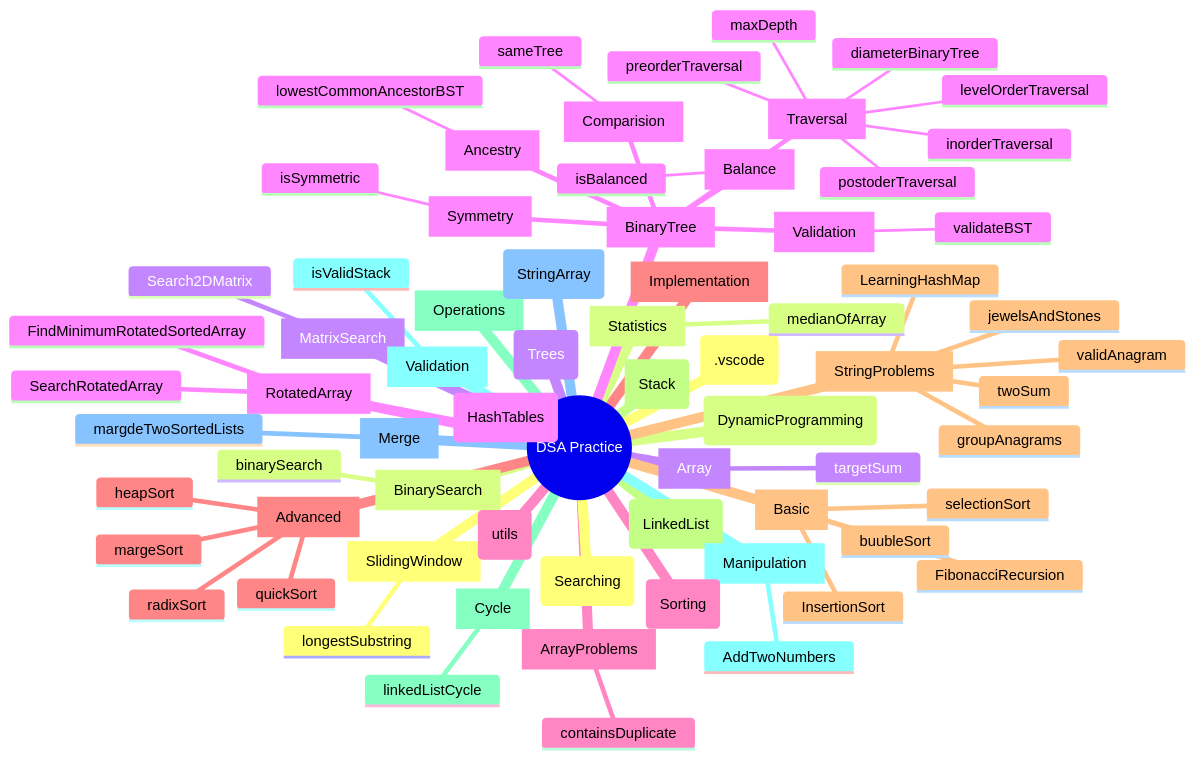
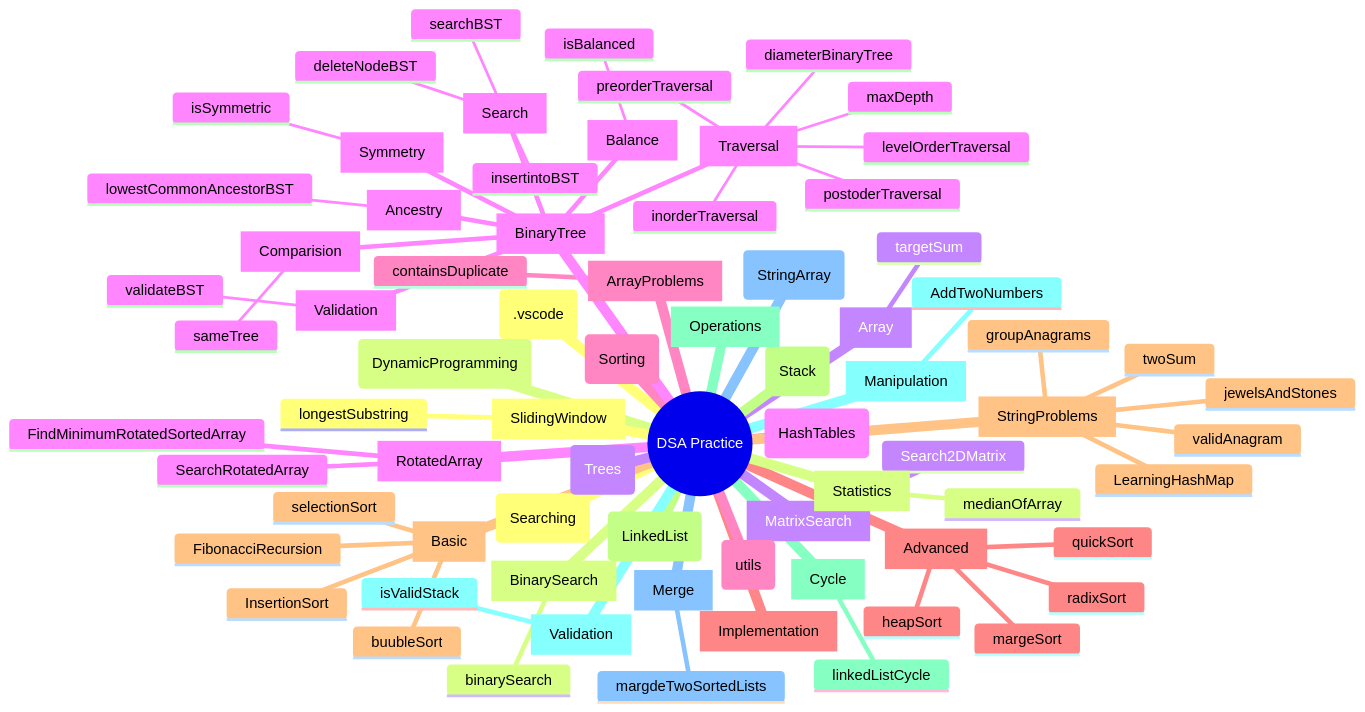
One commit to Emilio-Ramirez/AlgorithmIntro changed the diagram in README.md. Above: the diagram before and after it, drawn with Mermaid. The commit also changed 2 other files, not shown here.

Commit message:
deleteNodeBSt
DeleteNodeBSt

````diff
--- a/README.md
+++ b/README.md
@@ -7,73 +7,77 @@
 ```mermaid
 mindmap
 root((DSA Practice))
   (.vscode)
   (DynamicProgramming)
   [Array]
     targetSum
   (HashTables)
   [ArrayProblems]
     containsDuplicate
   [Implementation]
   [StringProblems]
     LearningHashMap
     groupAnagrams
     jewelsAndStones
     twoSum
     validAnagram
   (LinkedList)
   [Cycle]
     linkedListCycle
   [Manipulation]
     AddTwoNumbers
   [Merge]
     margdeTwoSortedLists
   (Searching)
   [BinarySearch]
     binarySearch
   [MatrixSearch]
     Search2DMatrix
   [RotatedArray]
     FindMinimumRotatedSortedArray
     SearchRotatedArray
   (Sorting)
   [Advanced]
     heapSort
     margeSort
     quickSort
     radixSort
   [Basic]
     FibonacciRecursion
     InsertionSort
     buubleSort
     selectionSort
   (Stack)
   [Operations]
   [Validation]
     isValidStack
   (StringArray)
   [SlidingWindow]
     longestSubstring
   [Statistics]
     medianOfArray
   (Trees)
   [BinaryTree]
     [Ancestry]
       lowestCommonAncestorBST
     [Balance]
       isBalanced
     [Comparision]
       sameTree
     [Symmetry]
       isSymmetric
     [Traversal]
       diameterBinaryTree
       inorderTraversal
       levelOrderTraversal
       maxDepth
       postoderTraversal
       preorderTraversal
     [Validation]
       validateBST
+    [Search]
+      insertintoBST
+      searchBST
+      deleteNodeBST
   (utils)
 ```
````
